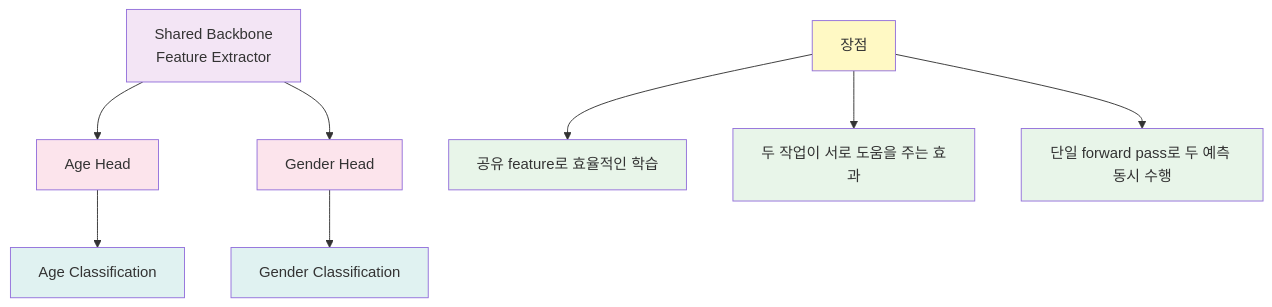
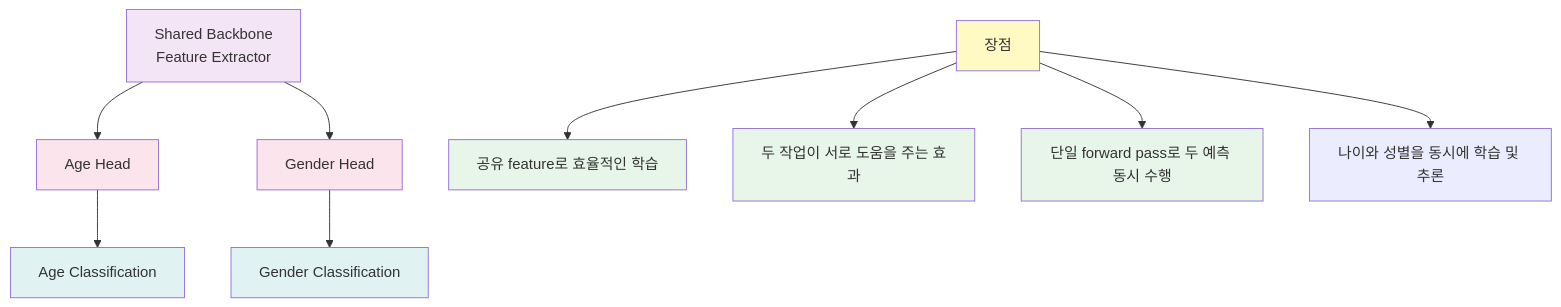
Before and after one commit to yong-again/portfolio: the fourth of 4 diagrams in age_gender_estimation/docs/pipeline_diagram.md, drawn with Mermaid. The commit also changed other lines of this file and 12 other files, not shown here.

````diff
--- a/age_gender_estimation/docs/pipeline_diagram.md
+++ b/age_gender_estimation/docs/pipeline_diagram.md
@@ -106,21 +106,22 @@
 ```mermaid
 graph TD
     A[Shared Backbone<br/>Feature Extractor] --> B[Age Head]
     A --> C[Gender Head]
     B --> D[Age Classification]
     C --> E[Gender Classification]
     
     F[장점] --> G[공유 feature로 효율적인 학습]
     F --> H[두 작업이 서로 도움을 주는 효과]
     F --> I[단일 forward pass로 두 예측 동시 수행]
+    F --> J[나이와 성별을 동시에 학습 및 추론]
     
     style A fill:#f3e5f5
     style B fill:#fce4ec
     style C fill:#fce4ec
     style D fill:#e0f2f1
     style E fill:#e0f2f1
     style F fill:#fff9c4
     style G fill:#e8f5e9
     style H fill:#e8f5e9
     style I fill:#e8f5e9
 ```
````
